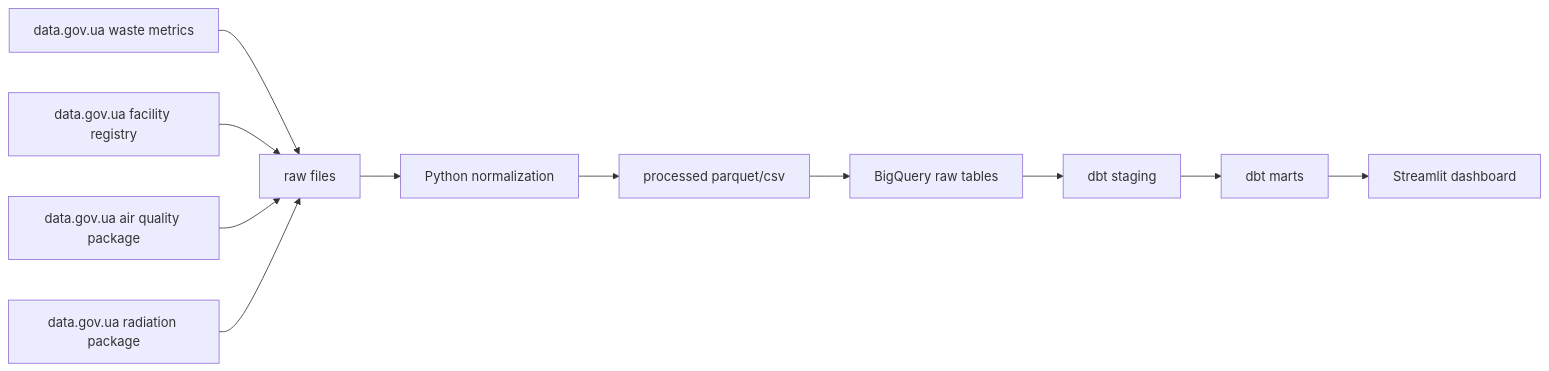
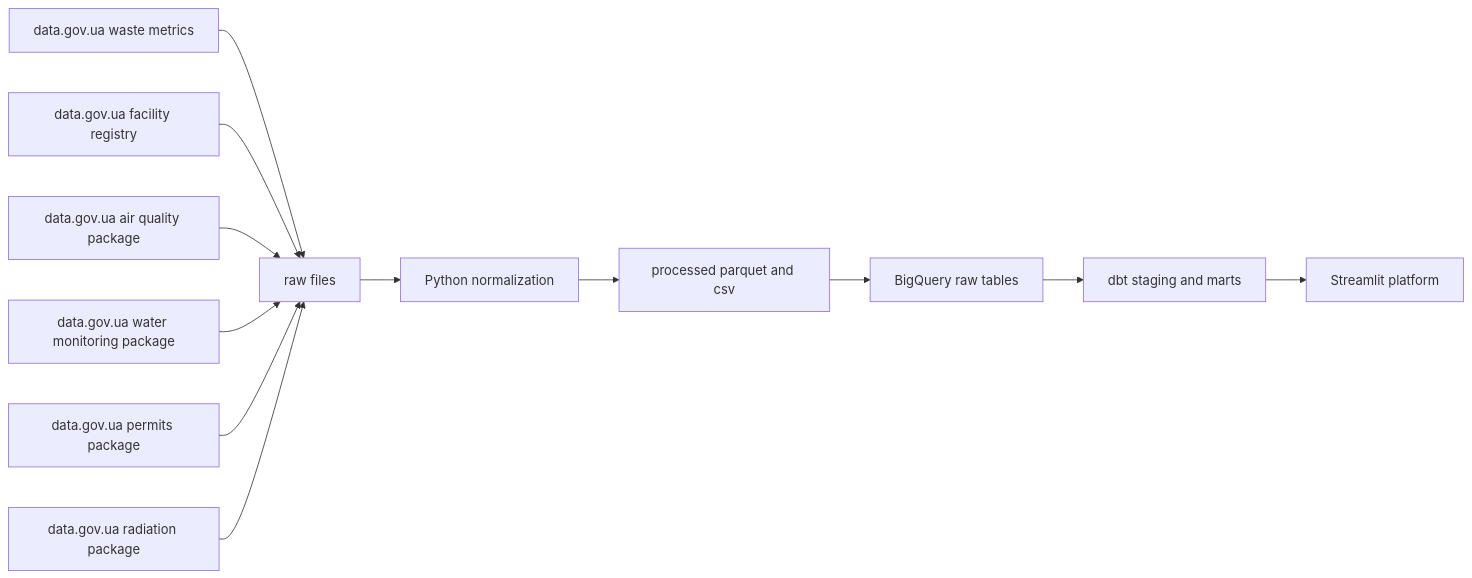
Before and after one commit to K-RnD-Lab/SPHERE-I-SCIENCE: the diagram in S6 — 🌍 Ecology & Environmental Science/S6-A - K-EcoLOGIC Lab/S6-A-R1 - SortSmart Ukraine/R1a-sortsmart-ukraine/README.md, drawn with Mermaid. The commit also changed other lines of this file and 13 other files, not shown here.

````diff
--- a/S6 — 🌍 Ecology & Environmental Science/S6-A - K-EcoLOGIC Lab/S6-A-R1 - SortSmart Ukraine/R1a-sortsmart-ukraine/README.md
+++ b/S6 — 🌍 Ecology & Environmental Science/S6-A - K-EcoLOGIC Lab/S6-A-R1 - SortSmart Ukraine/R1a-sortsmart-ukraine/README.md
@@ -126,13 +124,14 @@
 ```mermaid
 flowchart LR
     A[data.gov.ua waste metrics] --> B[raw files]
     C[data.gov.ua facility registry] --> B
     D[data.gov.ua air quality package] --> B
-    E[data.gov.ua radiation package] --> B
-    B --> F[Python normalization]
-    F --> G[processed parquet/csv]
-    G --> H[BigQuery raw tables]
-    H --> I[dbt staging]
-    I --> J[dbt marts]
-    J --> K[Streamlit dashboard]
+    E[data.gov.ua water monitoring package] --> B
+    F[data.gov.ua permits package] --> B
+    G[data.gov.ua radiation package] --> B
+    B --> H[Python normalization]
+    H --> I[processed parquet and csv]
+    I --> J[BigQuery raw tables]
+    J --> K[dbt staging and marts]
+    K --> L[Streamlit platform]
 ```
````
